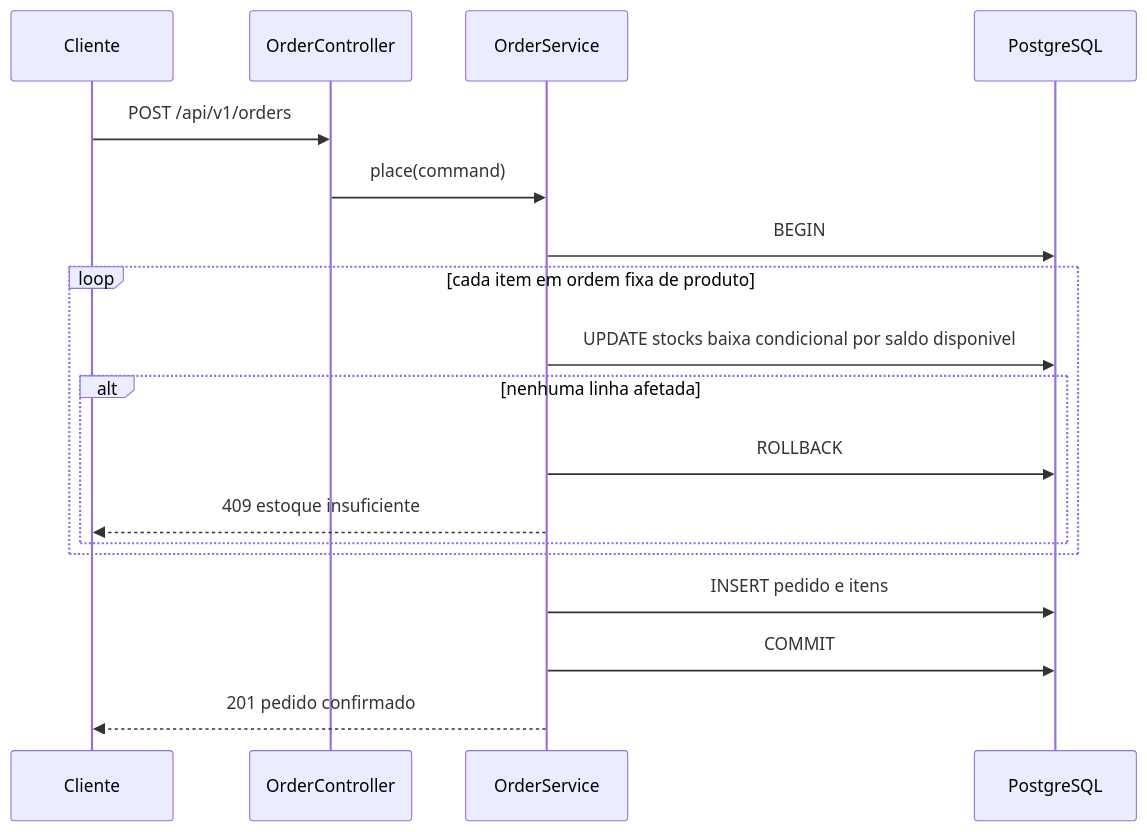
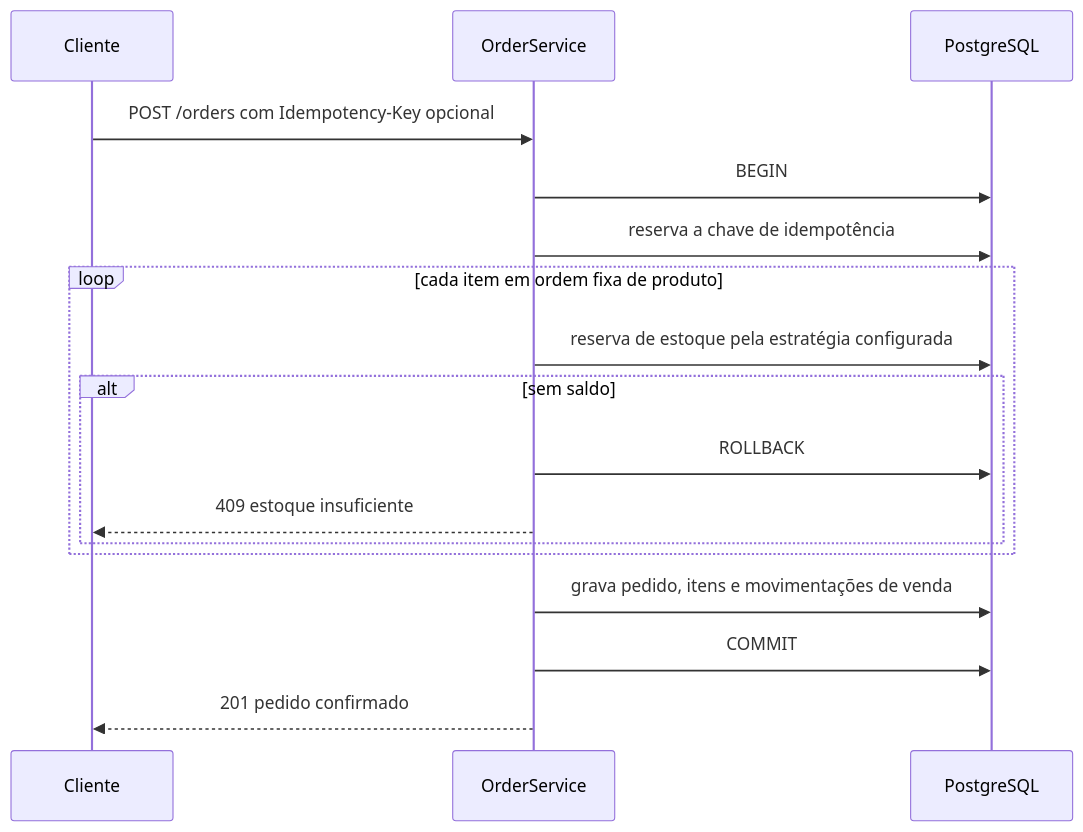
The second of 3 diagrams in README.md (nevvesdev/inventory-guard), drawn with Mermaid before and after one commit. The commit also changed other lines of this file, not shown here.

````diff
--- a/README.md
+++ b/README.md
@@ -146,20 +133,19 @@
 ```mermaid
 sequenceDiagram
     participant C as Cliente
-    participant A as OrderController
     participant S as OrderService
     participant D as PostgreSQL
-    C->>A: POST /api/v1/orders
-    A->>S: place(command)
+    C->>S: POST /orders com Idempotency-Key opcional
     S->>D: BEGIN
+    S->>D: reserva a chave de idempotência
     loop cada item em ordem fixa de produto
-        S->>D: UPDATE stocks baixa condicional por saldo disponivel
-        alt nenhuma linha afetada
+        S->>D: reserva de estoque pela estratégia configurada
+        alt sem saldo
             S->>D: ROLLBACK
             S-->>C: 409 estoque insuficiente
         end
     end
-    S->>D: INSERT pedido e itens
+    S->>D: grava pedido, itens e movimentações de venda
     S->>D: COMMIT
     S-->>C: 201 pedido confirmado
 ```
````
